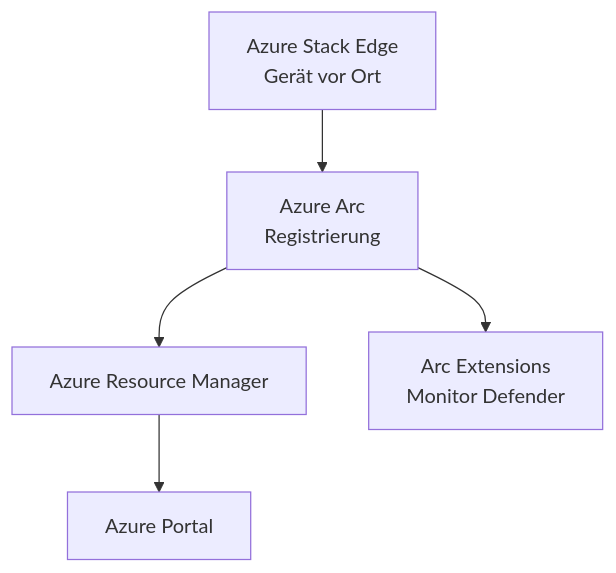
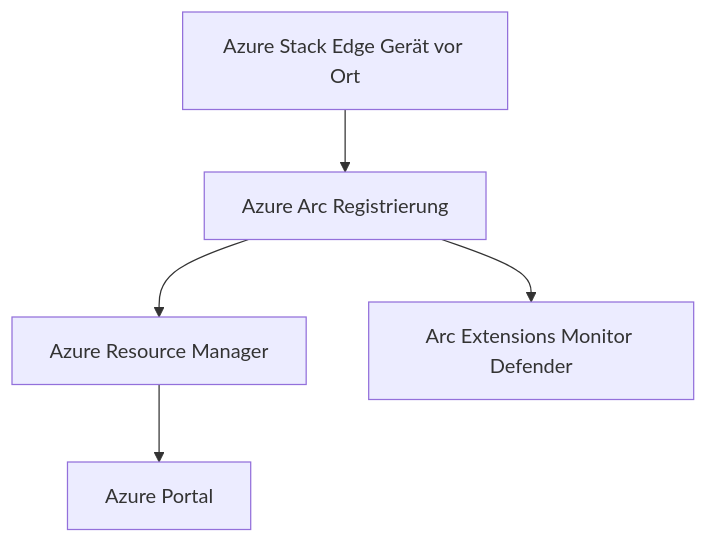
One commit to SoniiiT/notes-n-docs changed the third of 12 diagrams in Microsoft 365/Azure/Arc/Azure Stack Edge.md. Above: the diagram before and after it, drawn with Mermaid. The commit also changed other lines of this file and 124 other files, not shown here.

First line of the commit message:
fix: Entferne \n aus allen Mermaid-Diagrammen (125 Dateien)

````diff
--- a/Microsoft 365/Azure/Arc/Azure Stack Edge.md
+++ b/Microsoft 365/Azure/Arc/Azure Stack Edge.md
@@ -135,13 +135,13 @@
 ```mermaid
 graph TD
-    ASE_DEVICE[Azure Stack Edge\nGerät vor Ort]
-    ARC[Azure Arc\nRegistrierung]
+    ASE_DEVICE[Azure Stack Edge Gerät vor Ort]
+    ARC[Azure Arc Registrierung]
     ARM[Azure Resource Manager]
     PORTAL[Azure Portal]
-    EXTENSIONS[Arc Extensions\nMonitor Defender]
+    EXTENSIONS[Arc Extensions Monitor Defender]
 
     ASE_DEVICE --> ARC
     ARC --> ARM
     ARM --> PORTAL
     ARC --> EXTENSIONS
 ```
````
